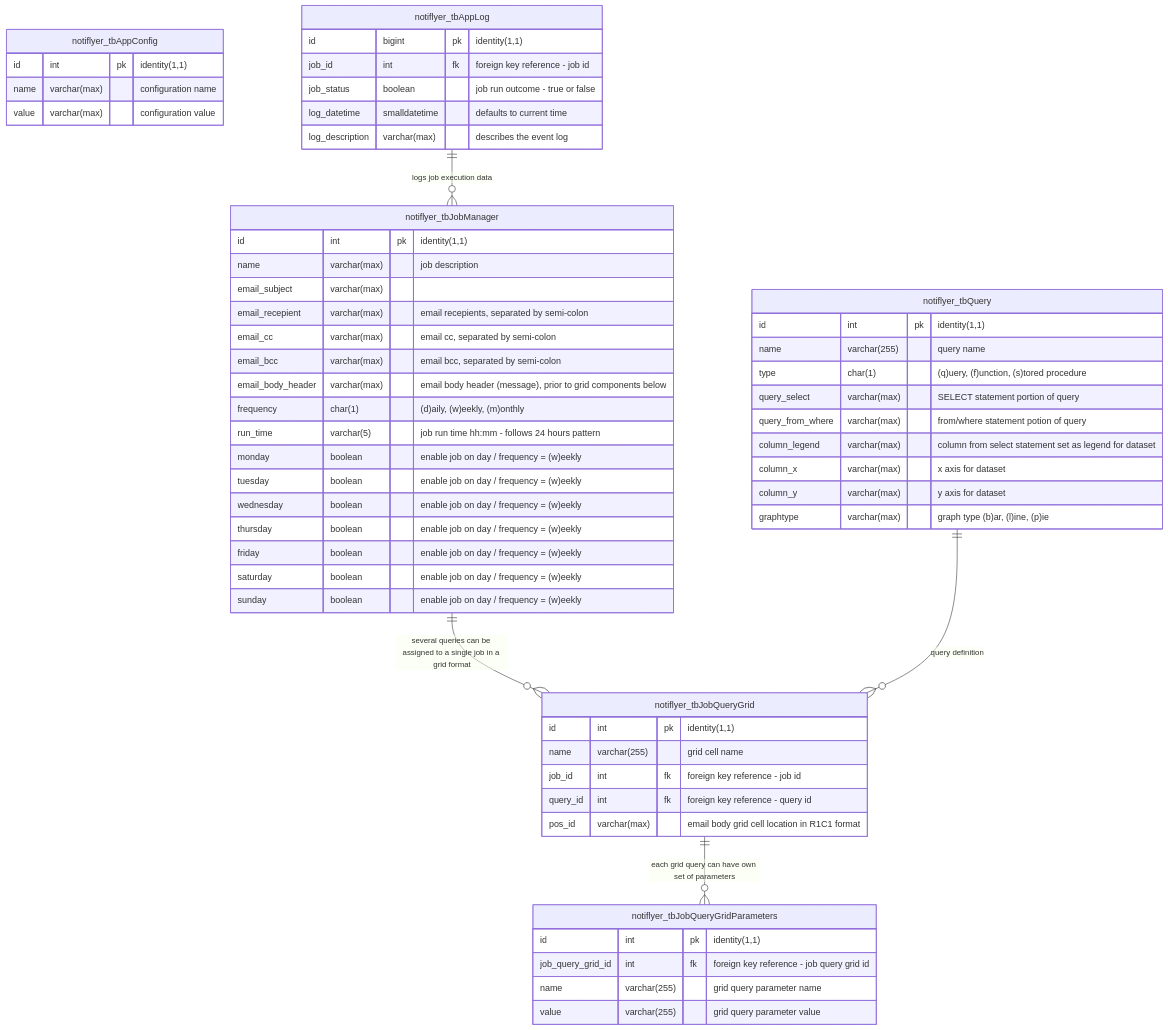
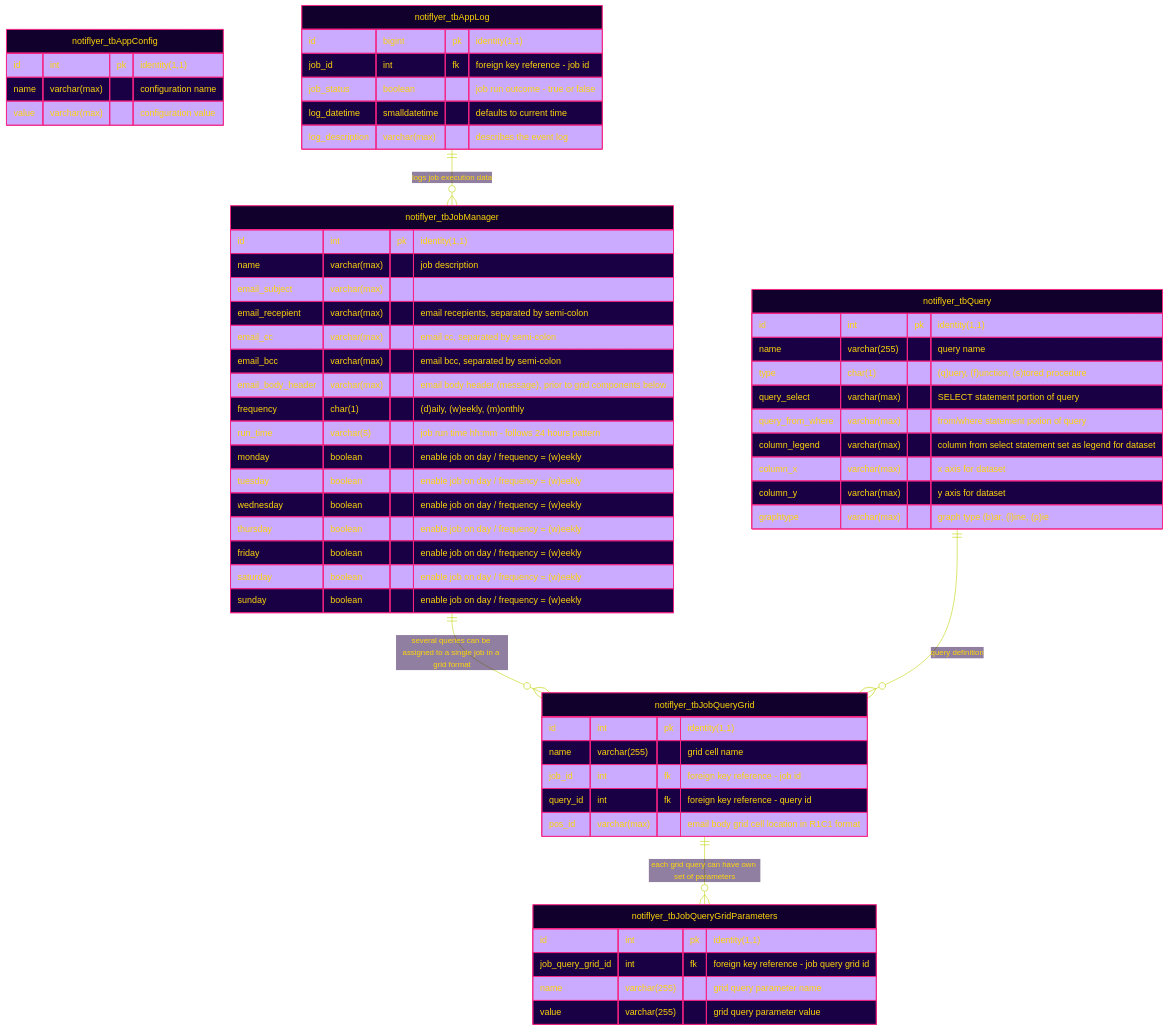
Before and after one commit to cleancoda/notiflyer: the diagram in docs/mssql/README.md, drawn with Mermaid. The commit also changed 3 other files, not shown here.

````diff
--- a/docs/mssql/README.md
+++ b/docs/mssql/README.md
@@ -27,4 +27,26 @@
 ```mermaid
+%%{
+  init: {
+    'theme': 'base',
+    'themeVariables': {
+
+      'primaryColor': '#10002B',
+      'secondaryColor': '#3C096C',
+      'tertiaryColor': '#240046',
+
+      'primaryTextColor': '#ffd60a',
+      'secondaryTextColor': '#ffd60a',
+      'tertiaryTextColor': '#ffd60a',
+
+      'primaryBorderColor': '#f72585',
+      'secondaryBorderColor': '#f72585',
+      'tertiaryBorderColor': '#f72585',
+      'noteBorderColor': '#f72585',
+
+      'lineColor': '#bfd200'
+    }
+  }
+}%%
 erDiagram
     notiflyer_tbJobManager {
       id int pk "identity(1,1)"
````
